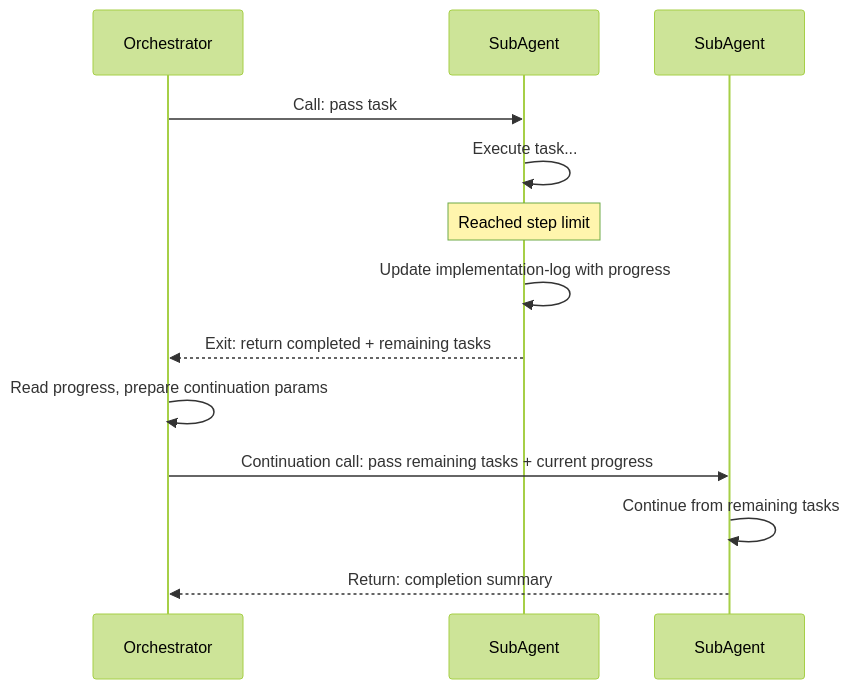
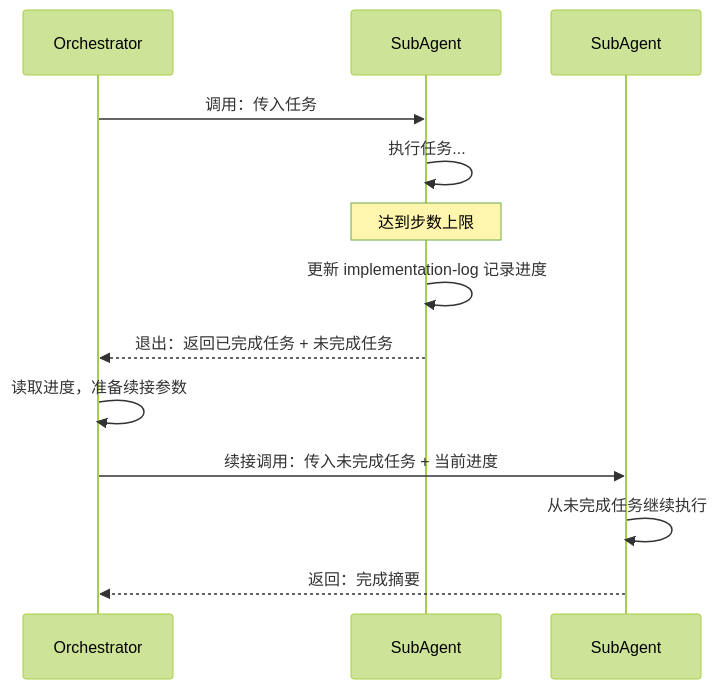
The fourth of 7 diagrams in ARCHITECTURE.md (daydreamer258/opencode-sdd-pipeline), drawn with Mermaid (forest theme) before and after one commit. The commit also changed other lines of this file and 1 other file, not shown here.

First line of the commit message:
将 README 和 ARCHITECTURE 改为中文，Quick Start 补充 AGENTS.md

````diff
--- a/ARCHITECTURE.md
+++ b/ARCHITECTURE.md
@@ -149,17 +149,17 @@
 ```mermaid
 sequenceDiagram
     participant O as Orchestrator
     participant S1 as SubAgent #1
-    participant S2 as SubAgent #2 (continuation)
+    participant S2 as SubAgent #2 (续接)
 
-    O->>S1: Call: pass task
-    S1->>S1: Execute task...
-    Note over S1: Reached step limit
-    S1->>S1: Update implementation-log with progress
-    S1-->>O: Exit: return completed + remaining tasks
+    O->>S1: 调用：传入任务
+    S1->>S1: 执行任务...
+    Note over S1: 达到步数上限
+    S1->>S1: 更新 implementation-log 记录进度
+    S1-->>O: 退出：返回已完成任务 + 未完成任务
 
-    O->>O: Read progress, prepare continuation params
-    O->>S2: Continuation call: pass remaining tasks + current progress
-    S2->>S2: Continue from remaining tasks
-    S2-->>O: Return: completion summary
+    O->>O: 读取进度，准备续接参数
+    O->>S2: 续接调用：传入未完成任务 + 当前进度
+    S2->>S2: 从未完成任务继续执行
+    S2-->>O: 返回：完成摘要
 ```
````
